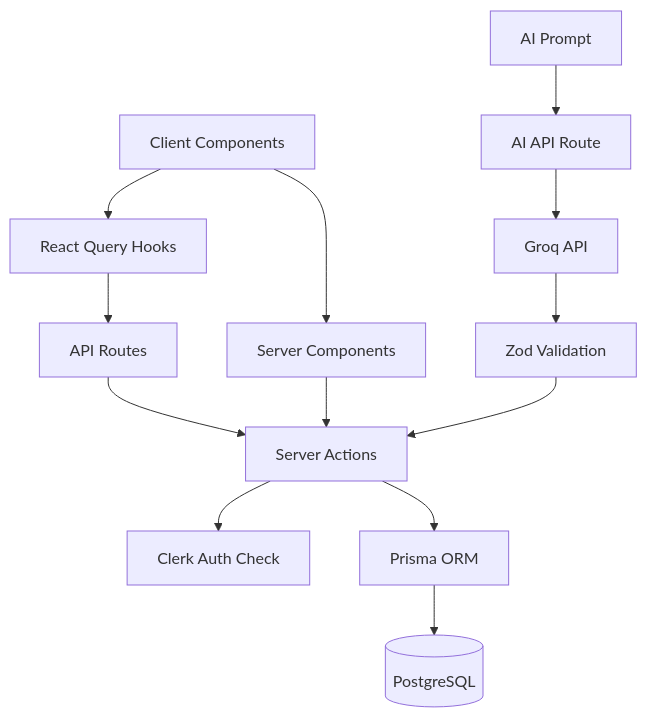
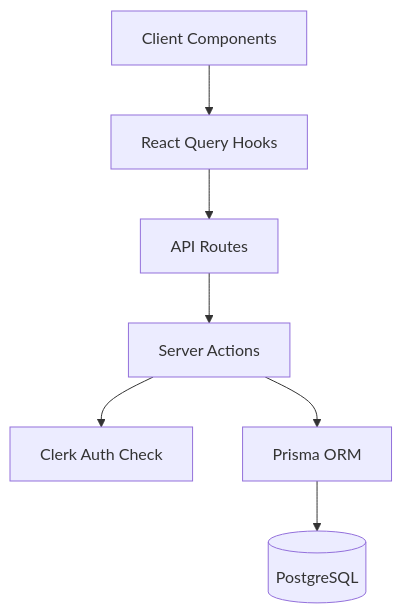
One commit to Sherloock/LoopTimer changed the diagram in README.md. Above: the diagram before and after it, drawn with Mermaid. The commit also changed other lines of this file and 12 other files, not shown here.

````diff
--- a/README.md
+++ b/README.md
@@ -87,17 +23,9 @@
 ```mermaid
 flowchart TD
     Client[Client Components] --> Hooks[React Query Hooks]
     Hooks --> API[API Routes]
     API --> Actions[Server Actions]
     Actions --> Auth[Clerk Auth Check]
     Actions --> Prisma[Prisma ORM]
     Prisma --> DB[(PostgreSQL)]
-
-    Client --> SC[Server Components]
-    SC --> Actions
-
-    AI[AI Prompt] --> AIRoute[AI API Route]
-    AIRoute --> Groq[Groq API]
-    Groq --> Validate[Zod Validation]
-    Validate --> Actions
 ```
````
